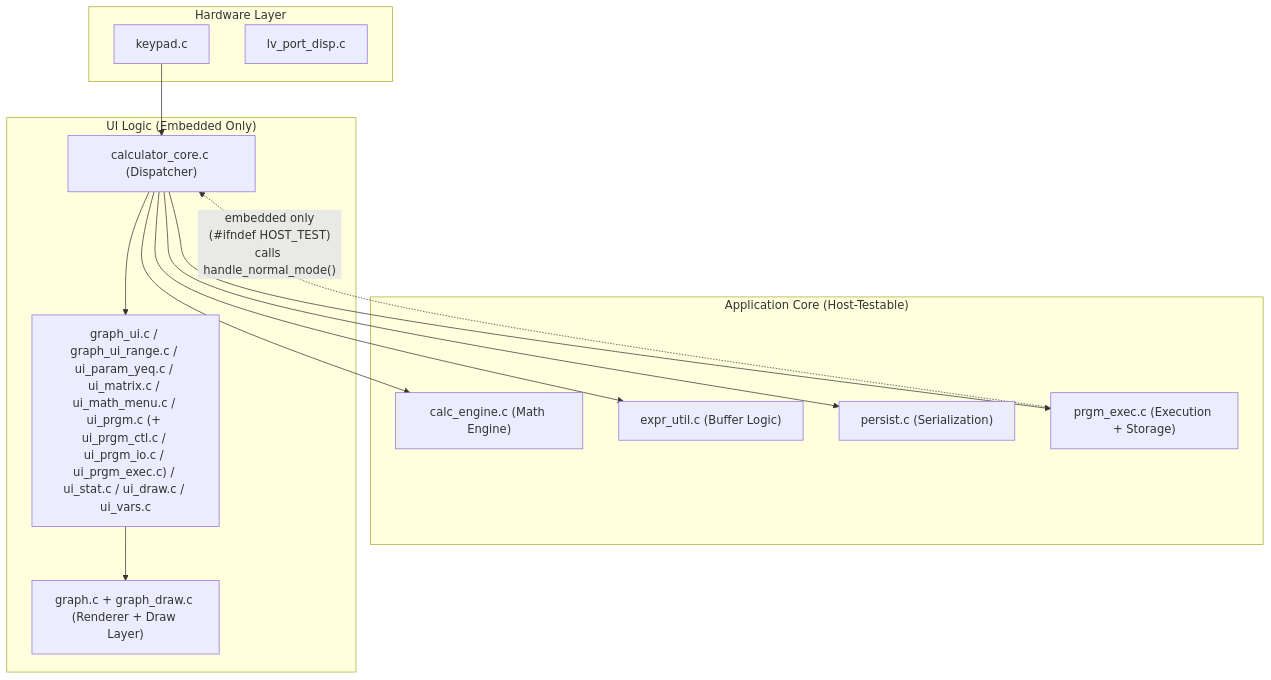
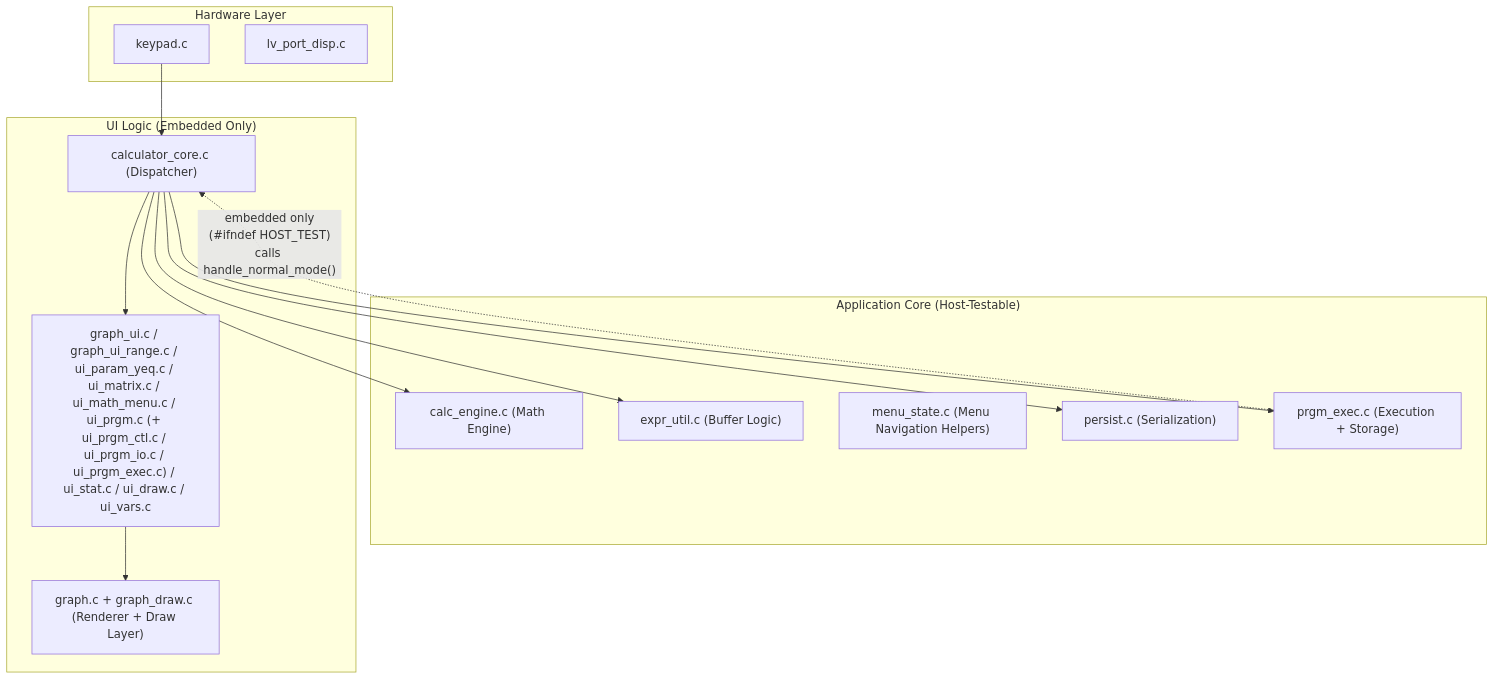
One commit to mndxc/STM32F429-TI81-Calculator changed the second of 2 diagrams in docs/ARCHITECTURE.md. Above: the diagram before and after it, drawn with Mermaid. The commit also changed 19 other files, not shown here.

First line of the commit message:
refactor: introduce MenuState_t shared navigation struct (INTERFACE_REFACTOR_PLAN Item 3)

````diff
--- a/docs/ARCHITECTURE.md
+++ b/docs/ARCHITECTURE.md
@@ -47,29 +47,30 @@
 ```mermaid
 graph TD
     subgraph "Hardware Layer"
         HW_K["keypad.c"]
         HW_D["lv_port_disp.c"]
     end
 
     subgraph "Application Core (Host-Testable)"
         CE["calc_engine.c (Math Engine)"]
         EU["expr_util.c (Buffer Logic)"]
+        MS["menu_state.c (Menu Navigation Helpers)"]
         PE["persist.c (Serialization)"]
         PRE["prgm_exec.c (Execution + Storage)"]
     end
 
     subgraph "UI Logic (Embedded Only)"
         CC["calculator_core.c (Dispatcher)"]
         GUI["graph_ui.c / graph_ui_range.c / ui_param_yeq.c / ui_matrix.c / ui_math_menu.c / ui_prgm.c (+ ui_prgm_ctl.c / ui_prgm_io.c / ui_prgm_exec.c) / ui_stat.c / ui_draw.c / ui_vars.c"]
         G["graph.c + graph_draw.c (Renderer + Draw Layer)"]
     end
 
     HW_K --> CC
     CC --> GUI
     CC --> CE
     CC --> EU
     CC --> PE
     CC --> PRE
     GUI --> G
     PRE -. "embedded only\n(#ifndef HOST_TEST)\ncalls handle_normal_mode()" .-> CC
 ```
````
